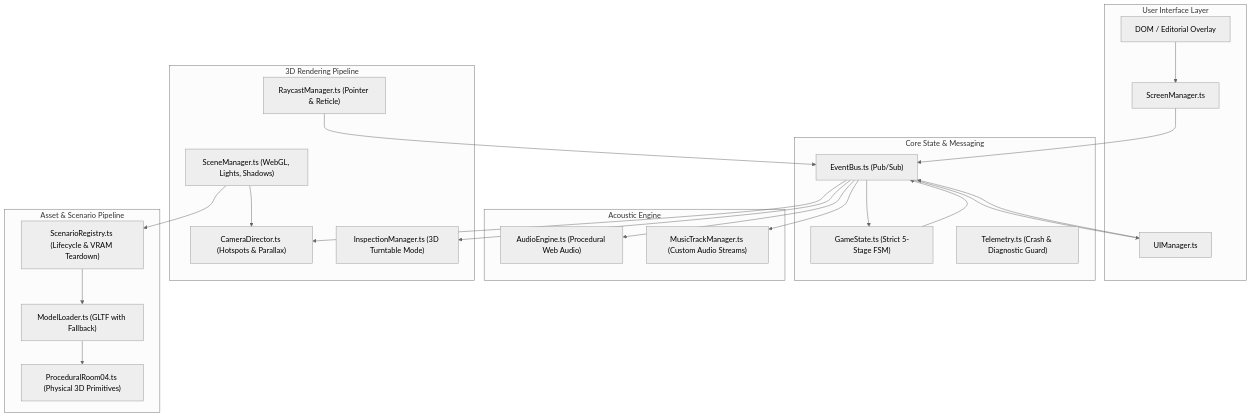
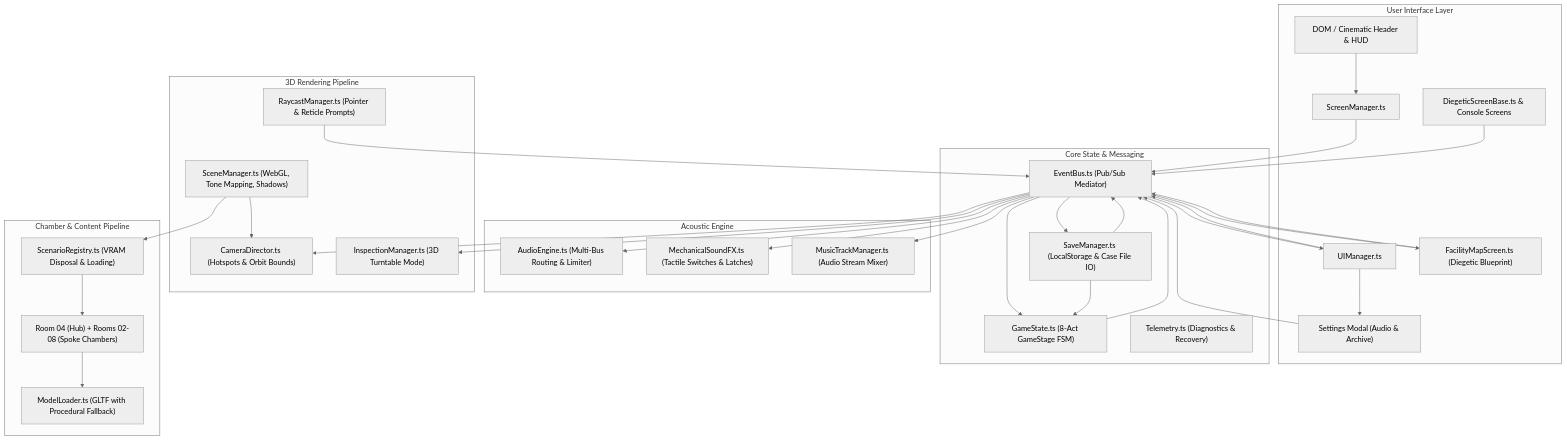
One commit to Uberkill/The-Cure- changed the diagram in THE_VAULT_DOCUMENTATION.md. Above: the diagram before and after it, drawn with Mermaid (neutral theme). The commit also changed other lines of this file and 12 other files, not shown here.

Commit message:
docs: update architecture, design bibles, and add master documentation build script

````diff
--- a/THE_VAULT_DOCUMENTATION.md
+++ b/THE_VAULT_DOCUMENTATION.md
@@ -311,51 +384,65 @@
 ```mermaid
 flowchart TD
     subgraph UI ["User Interface Layer"]
         ScreenMgr["ScreenManager.ts"]
         UIMgr["UIManager.ts"]
-        DomUI["DOM / Editorial Overlay"]
+        SettingsModal["Settings Modal (Audio & Archive)"]
+        FacilityMap["FacilityMapScreen.ts (Diegetic Blueprint)"]
+        DiegeticScreens["DiegeticScreenBase.ts & Console Screens"]
+        DomUI["DOM / Cinematic Header & HUD"]
     end
 
     subgraph Core ["Core State & Messaging"]
-        EventBus["EventBus.ts (Pub/Sub)"]
-        GameState["GameState.ts (Strict 5-Stage FSM)"]
-        Telemetry["Telemetry.ts (Crash & Diagnostic Guard)"]
+        EventBus["EventBus.ts (Pub/Sub Mediator)"]
+        GameState["GameState.ts (8-Act GameStage FSM)"]
+        SaveMgr["SaveManager.ts (LocalStorage & Case File IO)"]
+        Telemetry["Telemetry.ts (Diagnostics & Recovery)"]
     end
 
     subgraph Audio ["Acoustic Engine"]
-        AudioEng["AudioEngine.ts (Procedural Web Audio)"]
-        MusicMgr["MusicTrackManager.ts (Custom Audio Streams)"]
+        AudioEng["AudioEngine.ts (Multi-Bus Routing & Limiter)"]
+        MechSFX["MechanicalSoundFX.ts (Tactile Switches & Latches)"]
+        MusicMgr["MusicTrackManager.ts (Audio Stream Mixer)"]
     end
 
     subgraph Render ["3D Rendering Pipeline"]
-        SceneMgr["SceneManager.ts (WebGL, Lights, Shadows)"]
-        CamDir["CameraDirector.ts (Hotspots & Parallax)"]
-        RaycastMgr["RaycastManager.ts (Pointer & Reticle)"]
+        SceneMgr["SceneManager.ts (WebGL, Tone Mapping, Shadows)"]
+        CamDir["CameraDirector.ts (Hotspots & Orbit Bounds)"]
+        RaycastMgr["RaycastManager.ts (Pointer & Reticle Prompts)"]
         InspectMgr["InspectionManager.ts (3D Turntable Mode)"]
     end
 
-    subgraph Assets ["Asset & Scenario Pipeline"]
-        ModelLoader["ModelLoader.ts (GLTF with Fallback)"]
-        Procedural["ProceduralRoom04.ts (Physical 3D Primitives)"]
-        ScenarioReg["ScenarioRegistry.ts (Lifecycle & VRAM Teardown)"]
+    subgraph Scenarios ["Chamber & Content Pipeline"]
+        ScenarioReg["ScenarioRegistry.ts (VRAM Disposal & Loading)"]
+        RoomScenarios["Room 04 (Hub) + Rooms 02-08 (Spoke Chambers)"]
+        ModelLoader["ModelLoader.ts (GLTF with Procedural Fallback)"]
     end
 
     DomUI --> ScreenMgr
     ScreenMgr --> EventBus
+    FacilityMap --> EventBus
+    DiegeticScreens --> EventBus
+    UIMgr --> SettingsModal
+    SettingsModal --> EventBus
     UIMgr --> EventBus
     RaycastMgr --> EventBus
 
     EventBus --> GameState
     GameState --> EventBus
+    EventBus --> SaveMgr
+    SaveMgr --> GameState
+    SaveMgr --> EventBus
 
     EventBus --> AudioEng
+    EventBus --> MechSFX
     EventBus --> MusicMgr
     EventBus --> CamDir
     EventBus --> InspectMgr
     EventBus --> UIMgr
+    EventBus --> FacilityMap
 
     SceneMgr --> CamDir
     SceneMgr --> ScenarioReg
-    ScenarioReg --> ModelLoader
-    ModelLoader --> Procedural
+    ScenarioReg --> RoomScenarios
+    RoomScenarios --> ModelLoader
 ```
````
